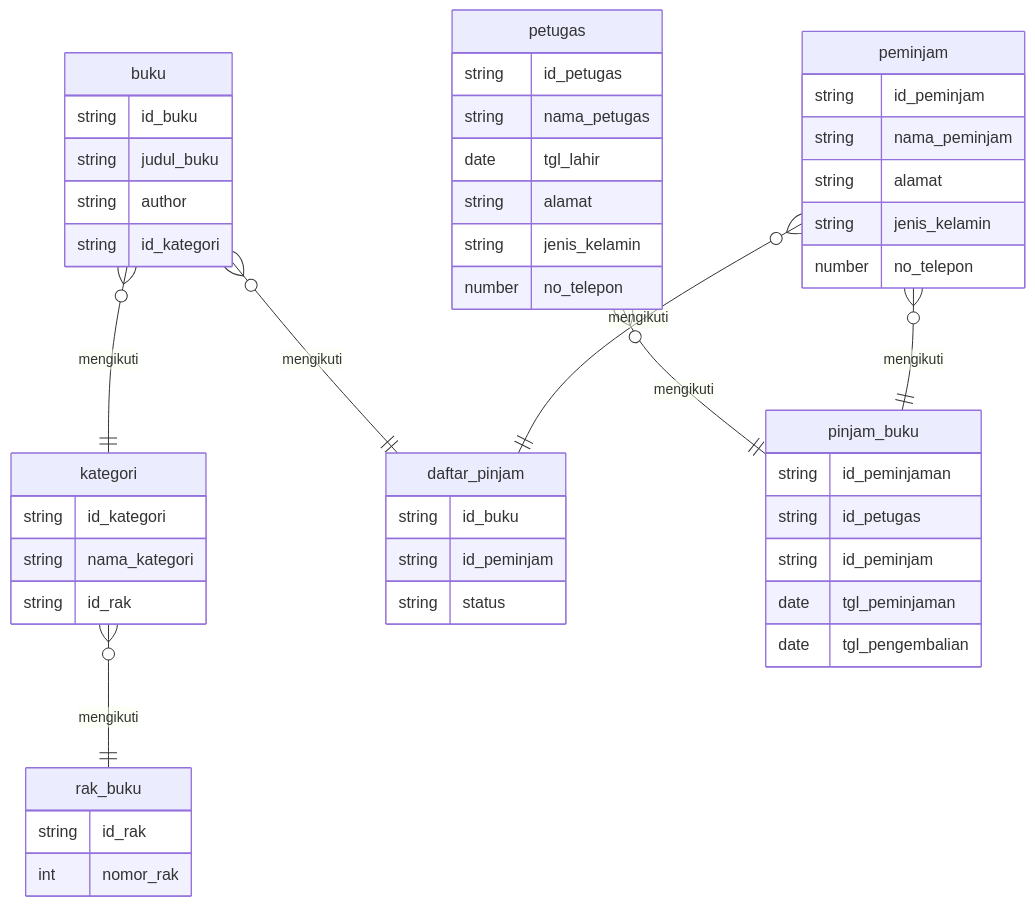
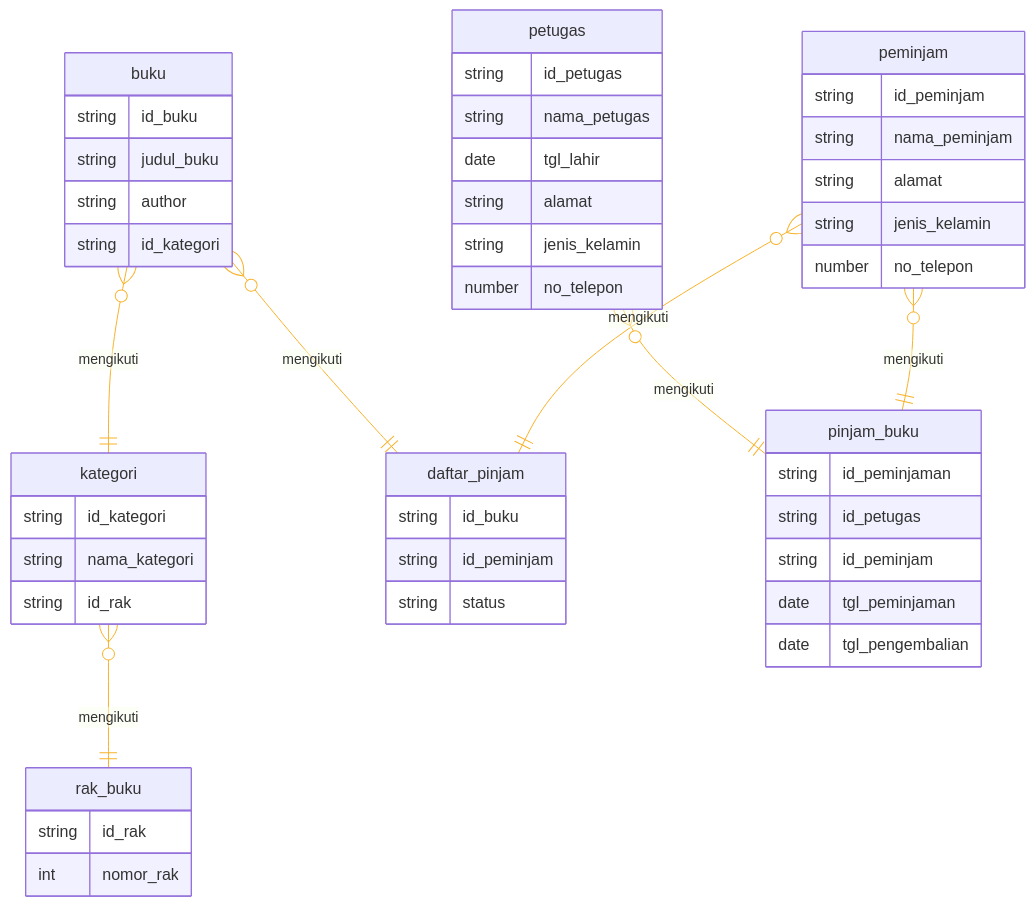
One commit to dimastadeoo/koda-b8-db1 changed the diagram in readme.md. Above: the diagram before and after it, drawn with Mermaid.

Commit message:
docs: Update ERD configuration for Mermaid diagram styling

````diff
--- a/readme.md
+++ b/readme.md
@@ -5,60 +5,65 @@
 ```mermaid
+---
+config:
+    theme: 'default'
+    themeVariables:
+        lineColor: '#F8B229'
+---
 
 erDiagram
-    
     buku {
         string id_buku
         string judul_buku
         string author
         string id_kategori
     }
     
     kategori {
         string id_kategori
         string nama_kategori
         string id_rak
     }
     rak_buku {
         string id_rak
         int nomor_rak
     }
     petugas {
         string id_petugas
         string nama_petugas
         date tgl_lahir
         string alamat
         string jenis_kelamin
         number no_telepon
     }
 
     peminjam {
         string id_peminjam
         string nama_peminjam
         string alamat
         string jenis_kelamin
         number no_telepon
     }
 
     daftar_pinjam {
         string id_buku
         string id_peminjam
         string status
     }
 
     pinjam_buku {
         string id_peminjaman
         string id_petugas
         string id_peminjam
         date tgl_peminjaman
         date tgl_pengembalian
     }
 
     buku o{ -- || kategori : mengikuti
     kategori o{ -- || rak_buku : mengikuti
     buku o{ -- || daftar_pinjam : mengikuti
     peminjam o{ -- || daftar_pinjam : mengikuti
     petugas o{ -- || pinjam_buku : mengikuti
     peminjam o{ -- || pinjam_buku : mengikuti
 
 
 ```
````
